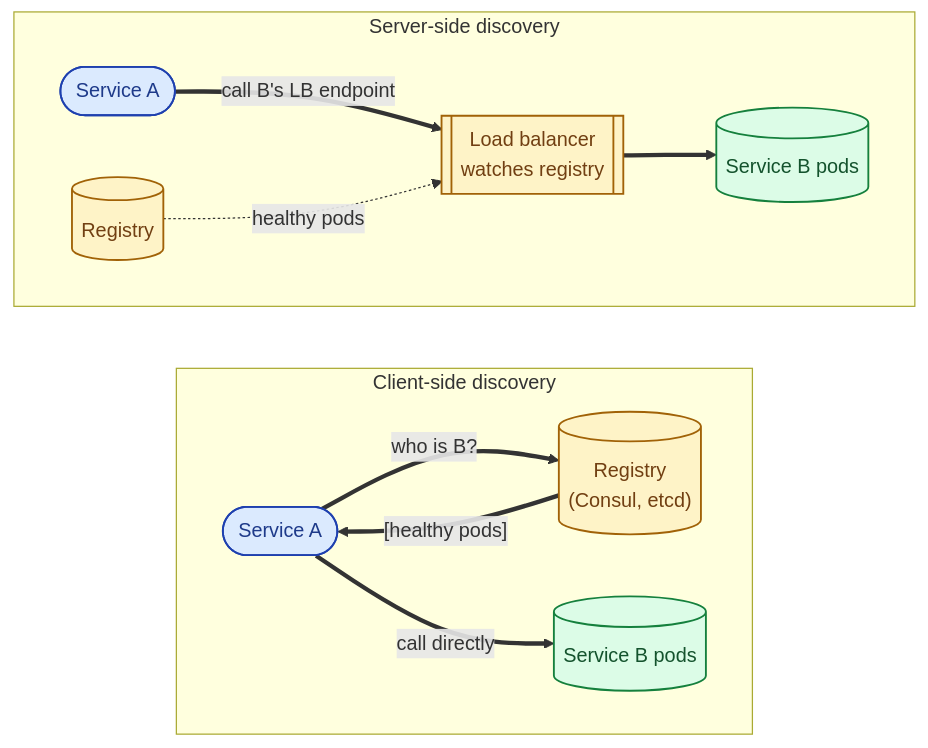
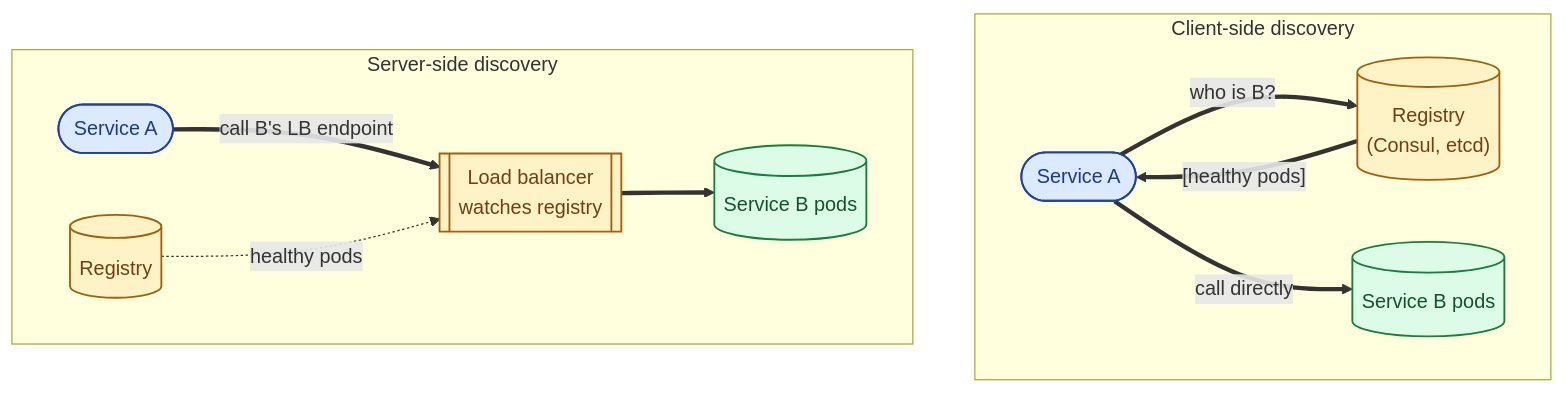
The third of 6 diagrams in _sd_concepts/059-service-discovery.md (shiningflash/shiningflash.github.io), drawn with Mermaid before and after one commit. The commit also changed other lines of this file and 8 other files, not shown here.

First line of the commit message:
Fix diagrams that rendered cramped at column width

````diff
--- a/_sd_concepts/059-service-discovery.md
+++ b/_sd_concepts/059-service-discovery.md
@@ -66,27 +66,27 @@
 ```mermaid
-flowchart LR
+flowchart TB
     subgraph CLIENT["Client-side discovery"]
         direction LR
         AC(["Service A"]):::client
         REG[("Registry<br/>(Consul, etcd)")]:::infra
         BS[("Service B pods")]:::server
         AC ==>|"who is B?"| REG
         REG ==>|"[healthy pods]"| AC
         AC ==>|"call directly"| BS
     end
 
     subgraph SERVER["Server-side discovery"]
         direction LR
         AS(["Service A"]):::client
         LB[["Load balancer<br/>watches registry"]]:::infra
         REG2[("Registry")]:::infra
         BS2[("Service B pods")]:::server
         AS ==>|"call B's LB endpoint"| LB
         REG2 -.->|"healthy pods"| LB
         LB ==> BS2
     end
 
     classDef client fill:#dbeafe,stroke:#1e40af,color:#1e3a8a,stroke-width:1.5px
     classDef infra fill:#fef3c7,stroke:#a16207,color:#713f12,stroke-width:1.5px
     classDef server fill:#dcfce7,stroke:#15803d,color:#14532d,stroke-width:1.5px
 ```
````
